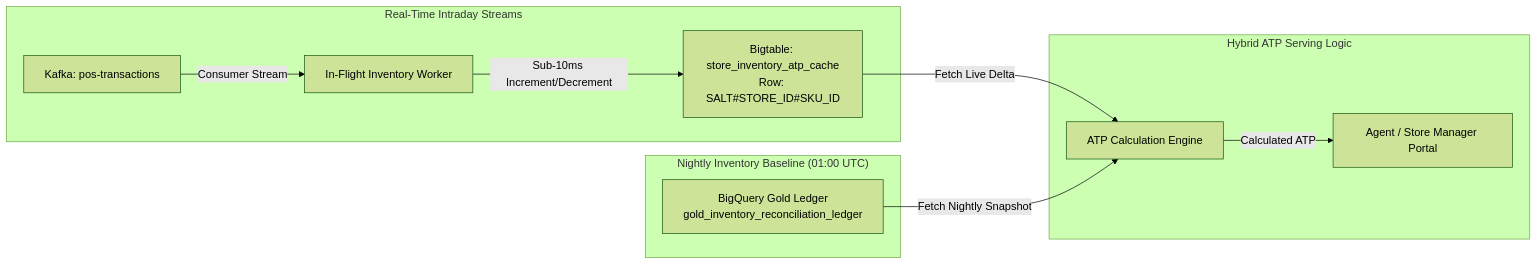
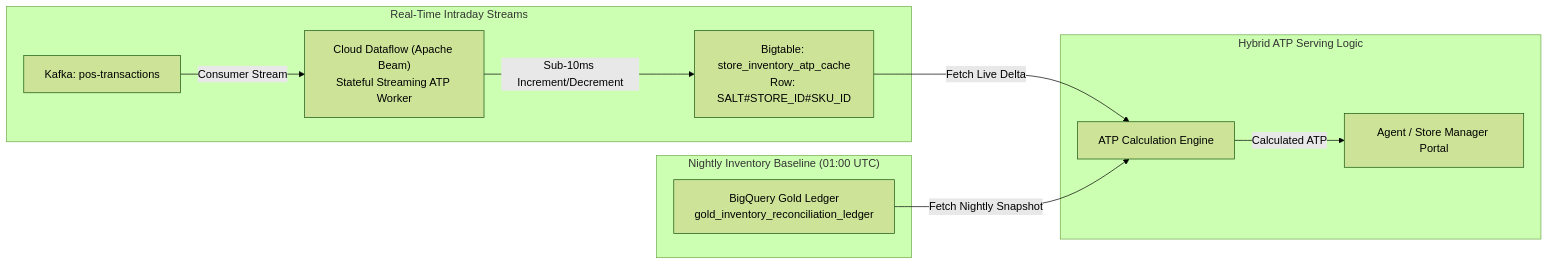
One commit to epapayu/da-advanced-elevate changed the third of 16 diagrams in README.md. Above: the diagram before and after it, drawn with Mermaid (forest theme). The commit also changed other lines of this file and 1 other file, not shown here.

Commit message:
feat(streaming): incorporate Cloud Dataflow for stateful 1-hour window aggregations, watermarking, and Bigtable caching

````diff
--- a/README.md
+++ b/README.md
@@ -420,17 +432,17 @@
 ```mermaid
 flowchart LR
     subgraph BatchBase ["Nightly Inventory Baseline (01:00 UTC)"]
         Snap[BigQuery Gold Ledger<br/>gold_inventory_reconciliation_ledger]
     end
 
     subgraph StreamingDelta ["Real-Time Intraday Streams"]
-        Kafka[Kafka: pos-transactions] -->|Consumer Stream| Agg[In-Flight Inventory Worker]
-        Agg -->|Sub-10ms Increment/Decrement| BTCache[Bigtable: store_inventory_atp_cache<br/>Row: SALT#STORE_ID#SKU_ID]
+        Kafka["Kafka: pos-transactions"] -->|"Consumer Stream"| DataflowAgg["Cloud Dataflow (Apache Beam)<br/>Stateful Streaming ATP Worker"]
+        DataflowAgg -->|"Sub-10ms Increment/Decrement"| BTCache["Bigtable: store_inventory_atp_cache<br/>Row: SALT#STORE_ID#SKU_ID"]
     end
 
     subgraph ServingAggregation ["Hybrid ATP Serving Logic"]
         BTCache -->|Fetch Live Delta| ATPService[ATP Calculation Engine]
         Snap -->|Fetch Nightly Snapshot| ATPService
         ATPService -->|Calculated ATP| Agent[Agent / Store Manager Portal]
     end
 ```
````
